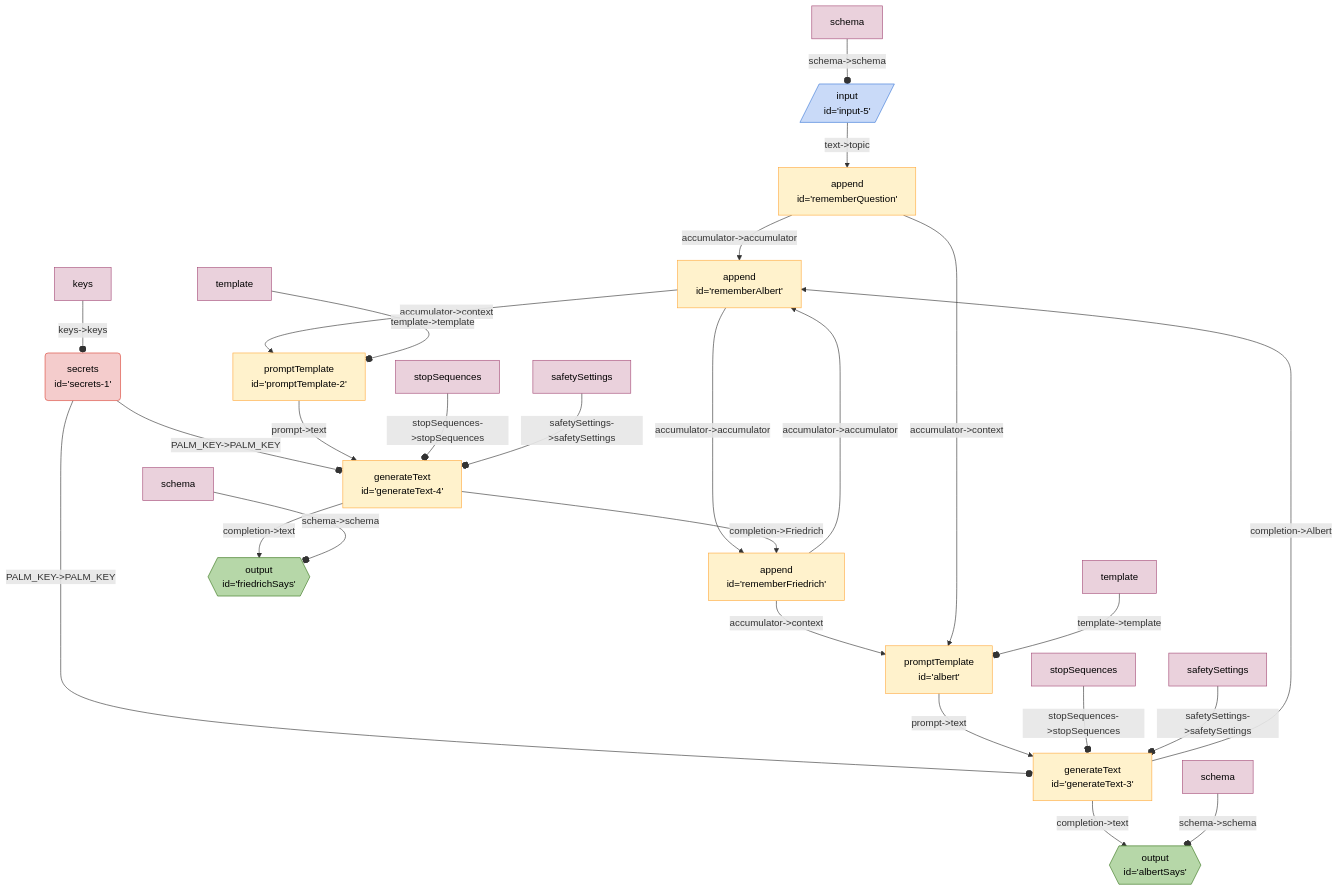
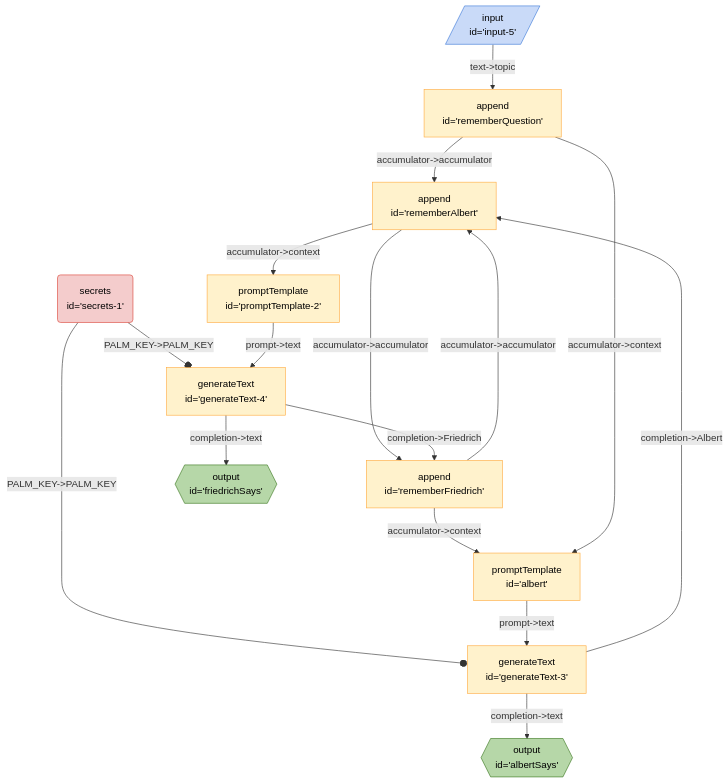
One commit to breadboard-ai/breadboard changed the diagram in seeds/graph-playground/docs/graphs/endless-debate.md. Above: the diagram before and after it, drawn with Mermaid. The commit also changed 30 other files, not shown here.

````diff
--- a/seeds/graph-playground/docs/graphs/endless-debate.md
+++ b/seeds/graph-playground/docs/graphs/endless-debate.md
@@ -5,37 +5,27 @@
   ```mermaid
   %%{init: 'themeVariables': { 'fontFamily': 'Fira Code, monospace' }}%%
 graph TD;
 rememberQuestion["append <br> id='rememberQuestion'"] -- "accumulator->accumulator" --> rememberAlbert["append <br> id='rememberAlbert'"]
 rememberAlbert["append <br> id='rememberAlbert'"] -- "accumulator->accumulator" --> rememberFriedrich["append <br> id='rememberFriedrich'"]
 rememberFriedrich["append <br> id='rememberFriedrich'"] -- "accumulator->accumulator" --> rememberAlbert["append <br> id='rememberAlbert'"]
 rememberAlbert["append <br> id='rememberAlbert'"] -- "accumulator->context" --> promptTemplate2["promptTemplate <br> id='promptTemplate-2'"]
 generateText3["generateText <br> id='generateText-3'"] -- "completion->Albert" --> rememberAlbert["append <br> id='rememberAlbert'"]
 generateText3["generateText <br> id='generateText-3'"] -- "completion->text" --> albertSays{{"output <br> id='albertSays'"}}:::output
 secrets1("secrets <br> id='secrets-1'"):::secrets -- "PALM_KEY->PALM_KEY" --o generateText3["generateText <br> id='generateText-3'"]
 albert["promptTemplate <br> id='albert'"] -- "prompt->text" --> generateText3["generateText <br> id='generateText-3'"]
 rememberFriedrich["append <br> id='rememberFriedrich'"] -- "accumulator->context" --> albert["promptTemplate <br> id='albert'"]
 generateText4["generateText <br> id='generateText-4'"] -- "completion->Friedrich" --> rememberFriedrich["append <br> id='rememberFriedrich'"]
 generateText4["generateText <br> id='generateText-4'"] -- "completion->text" --> friedrichSays{{"output <br> id='friedrichSays'"}}:::output
 secrets1("secrets <br> id='secrets-1'"):::secrets -- "PALM_KEY->PALM_KEY" --o generateText4["generateText <br> id='generateText-4'"]
 promptTemplate2["promptTemplate <br> id='promptTemplate-2'"] -- "prompt->text" --> generateText4["generateText <br> id='generateText-4'"]
 rememberQuestion["append <br> id='rememberQuestion'"] -- "accumulator->context" --> albert["promptTemplate <br> id='albert'"]
 input5[/"input <br> id='input-5'"/]:::input -- "text->topic" --> rememberQuestion["append <br> id='rememberQuestion'"]
-keyssecrets1[keys]:::config -- "keys->keys" --o secrets1
-templatepromptTemplate2[template]:::config -- "template->template" --o promptTemplate2
-templatealbert[template]:::config -- "template->template" --o albert
-stopSequencesgenerateText3[stopSequences]:::config -- "stopSequences->stopSequences" --o generateText3
-safetySettingsgenerateText3[safetySettings]:::config -- "safetySettings->safetySettings" --o generateText3
-schemaalbertSays[schema]:::config -- "schema->schema" --o albertSays
-stopSequencesgenerateText4[stopSequences]:::config -- "stopSequences->stopSequences" --o generateText4
-safetySettingsgenerateText4[safetySettings]:::config -- "safetySettings->safetySettings" --o generateText4
-schemafriedrichSays[schema]:::config -- "schema->schema" --o friedrichSays
-schemainput5[schema]:::config -- "schema->schema" --o input5
 classDef default stroke:#ffab40,fill:#fff2ccff,color:#000
 classDef input stroke:#3c78d8,fill:#c9daf8ff,color:#000
 classDef output stroke:#38761d,fill:#b6d7a8ff,color:#000
 classDef passthrough stroke:#a64d79,fill:#ead1dcff,color:#000
 classDef slot stroke:#a64d79,fill:#ead1dcff,color:#000
 classDef config stroke:#a64d79,fill:#ead1dcff,color:#000
 classDef secrets stroke:#db4437,fill:#f4cccc,color:#000
 classDef slotted stroke:#a64d79
   ```
````
